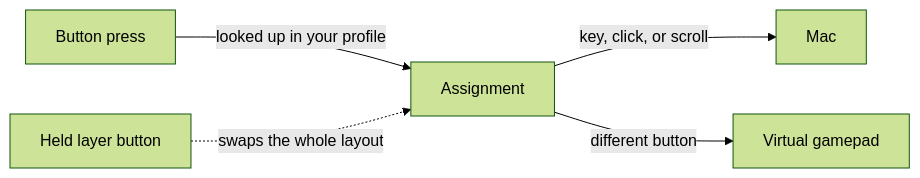
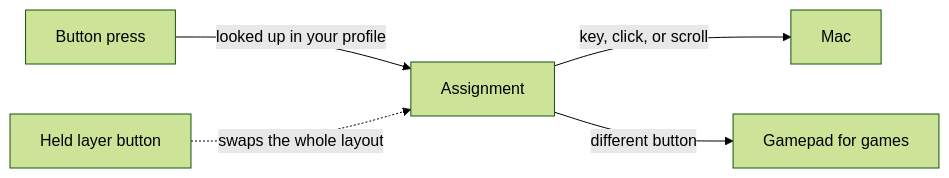
One commit to xsyetopz/OpenJoystickDriver changed the first of 2 diagrams in wiki/Bindings-and-Actions.md. Above: the diagram before and after it, drawn with Mermaid (forest theme). The commit also changed other lines of this file and 4 other files, not shown here.

````diff
--- a/wiki/Bindings-and-Actions.md
+++ b/wiki/Bindings-and-Actions.md
@@ -5,7 +5,7 @@
 ```mermaid
 flowchart LR
     b[Button press] -->|"looked up in your profile"| p[Assignment]
     p -->|"key, click, or scroll"| m[Mac]
-    p -->|"different button"| g[Virtual gamepad]
+    p -->|"different button"| g[Gamepad for games]
     l[Held layer button] -.->|"swaps the whole layout"| p
 ```
````
